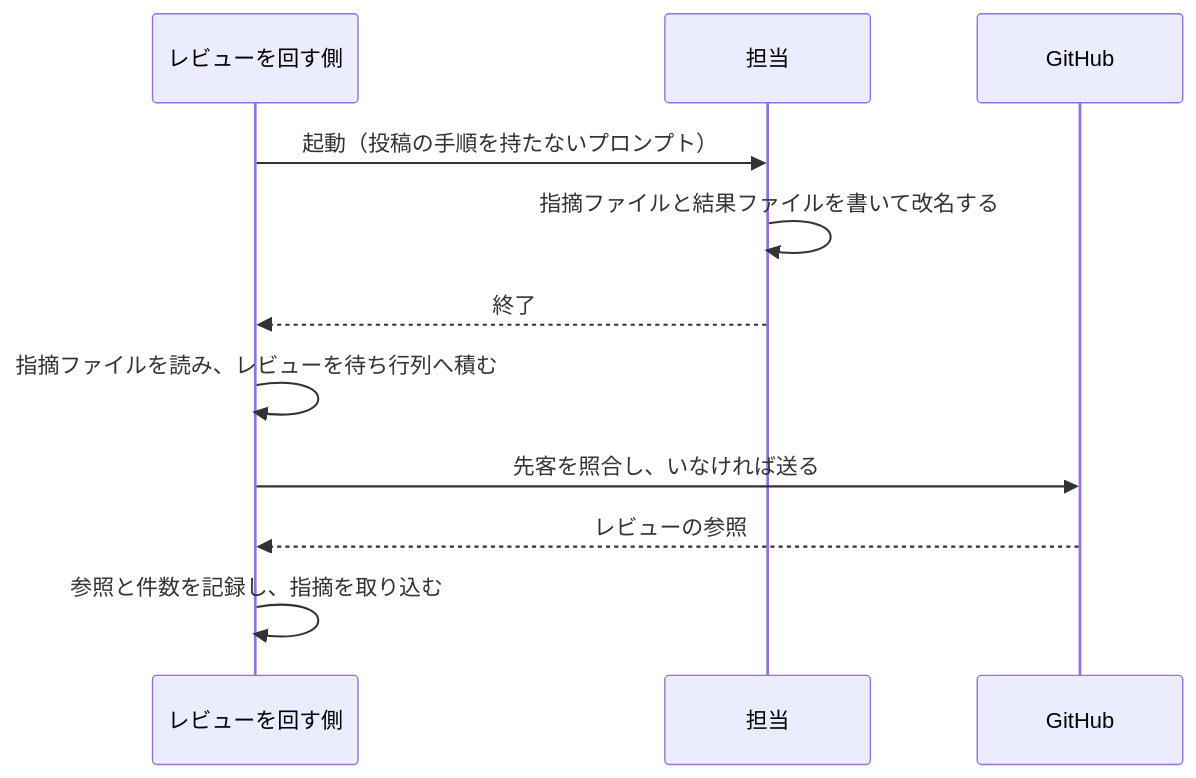
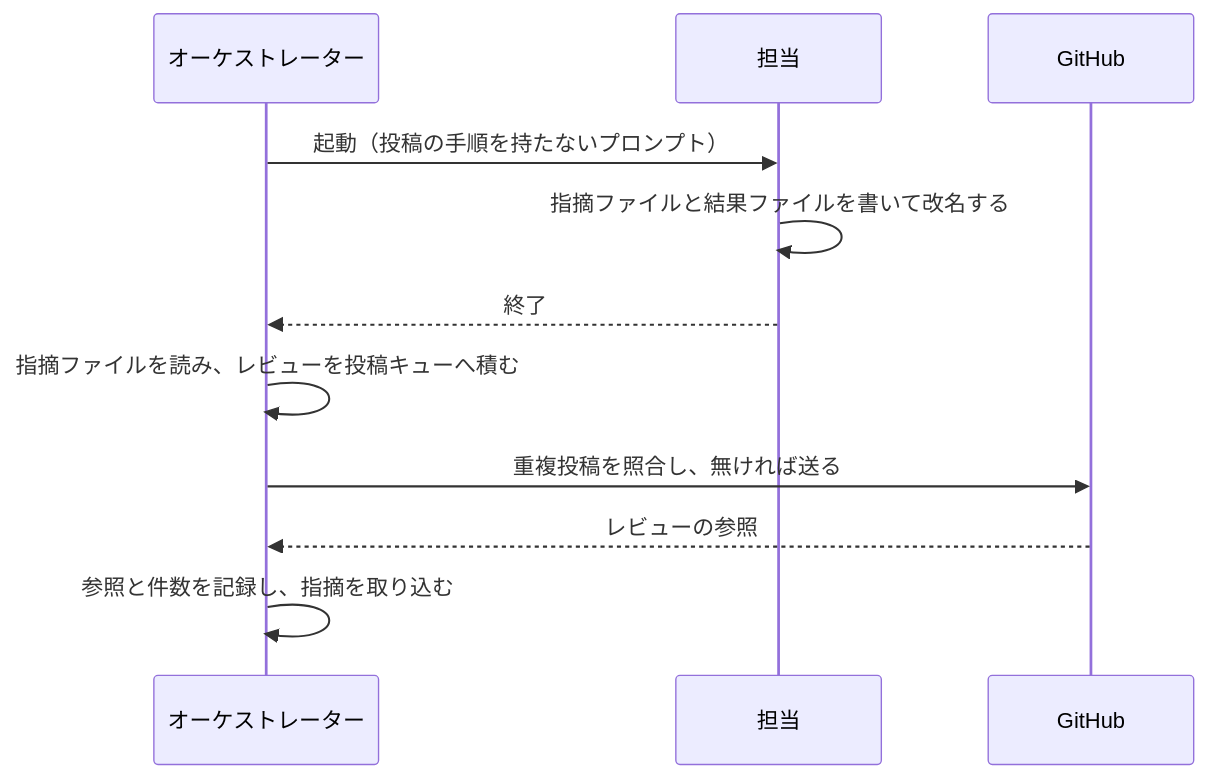
Before and after one commit to devbasex/ai-plugins: the first of 2 diagrams in docs/specifications/cross-review-writes-to-conductor.md, drawn with Mermaid. The commit also changed other lines of this file and 2 other files, not shown here.

````diff
--- a/docs/specifications/cross-review-writes-to-conductor.md
+++ b/docs/specifications/cross-review-writes-to-conductor.md
@@ -174,13 +174,13 @@
 ```mermaid
 sequenceDiagram
-    participant M as レビューを回す側
+    participant M as オーケストレーター
     participant A as 担当
     participant G as GitHub
     M->>A: 起動（投稿の手順を持たないプロンプト）
     A->>A: 指摘ファイルと結果ファイルを書いて改名する
     A-->>M: 終了
-    M->>M: 指摘ファイルを読み、レビューを待ち行列へ積む
-    M->>G: 先客を照合し、いなければ送る
+    M->>M: 指摘ファイルを読み、レビューを投稿キューへ積む
+    M->>G: 重複投稿を照合し、無ければ送る
     G-->>M: レビューの参照
     M->>M: 参照と件数を記録し、指摘を取り込む
 ```
````
